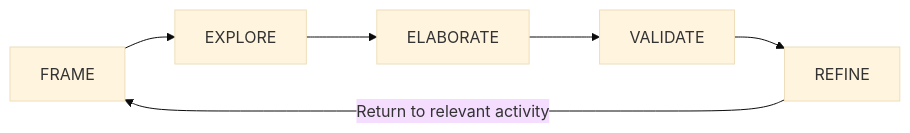
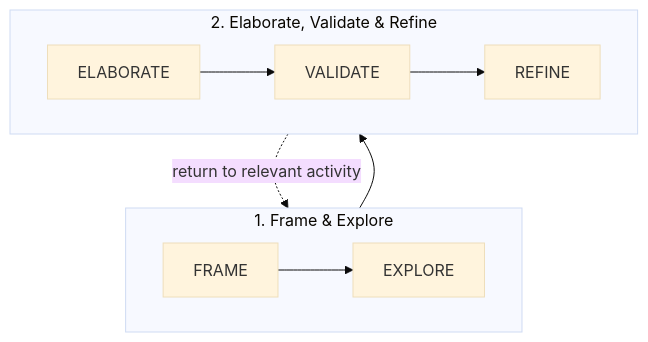
Diagram 16 of 16 in docs/sop/02-target-architecture.md (avfranco-br/portfolio), drawn with Mermaid (base theme) before and after one commit. The commit also changed other lines of this file and 10 other files, not shown here.

Commit message:
Refactor Mermaid diagrams across SOP and methods documentation for legibility

````diff
--- a/docs/sop/02-target-architecture.md
+++ b/docs/sop/02-target-architecture.md
@@ -2072,13 +2100,15 @@
 ```mermaid
-flowchart LR
-    FRAME["FRAME"]
-    EXPLORE["EXPLORE"]
-    ELABORATE["ELABORATE"]
-    VALIDATE["VALIDATE"]
-    REFINE["REFINE"]
-    FRAME --> EXPLORE
+flowchart TD
+    subgraph Phase1["1. Frame & Explore"]
+        direction LR
+        FRAME["FRAME"] --> EXPLORE["EXPLORE"]
+    end
+
+    subgraph Phase2["2. Elaborate, Validate & Refine"]
+        direction LR
+        ELABORATE["ELABORATE"] --> VALIDATE["VALIDATE"] --> REFINE["REFINE"]
+    end
+
     EXPLORE --> ELABORATE
-    ELABORATE --> VALIDATE
-    VALIDATE --> REFINE
-    REFINE -->|"Return to relevant activity"| FRAME
+    REFINE -. "return to relevant activity" .-> FRAME
 ```
````
